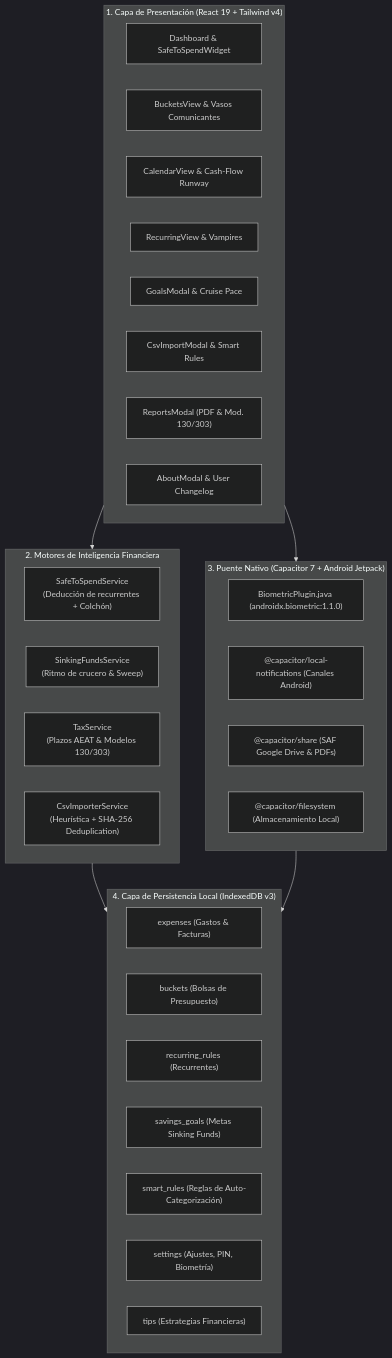
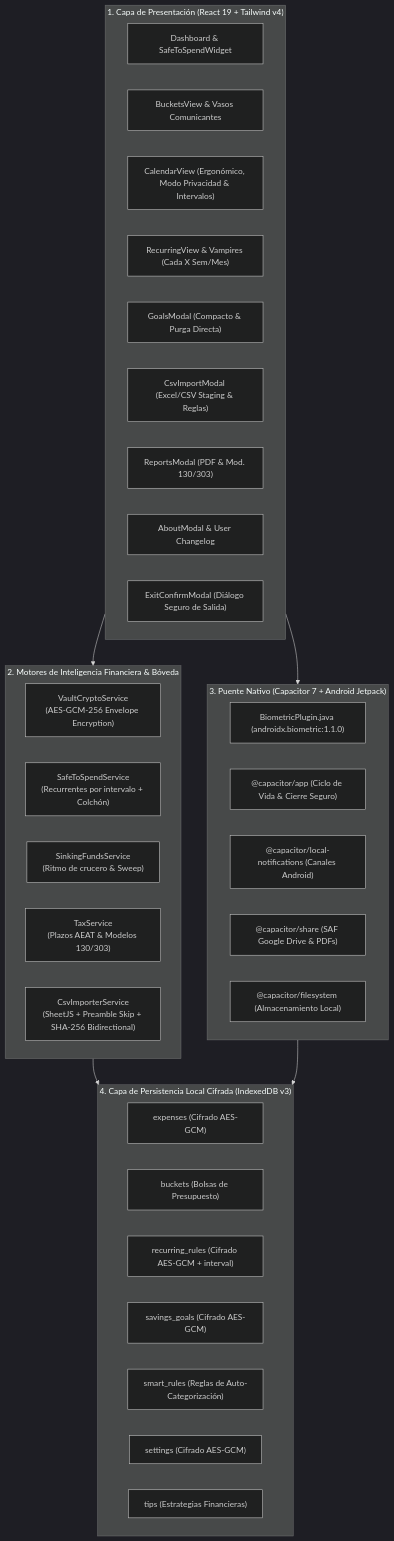
Before and after one commit to DavidLopezGarci4/CronoCash: the diagram in docs/ARCHITECTURE.md, drawn with Mermaid (dark theme). The commit also changed other lines of this file and 21 other files, not shown here.

````diff
--- a/docs/ARCHITECTURE.md
+++ b/docs/ARCHITECTURE.md
@@ -26,42 +26,45 @@
 ```mermaid
 flowchart TD
     subgraph UI_LAYER["1. Capa de Presentación (React 19 + Tailwind v4)"]
         DASH["Dashboard & SafeToSpendWidget"]
         BUCKETS["BucketsView & Vasos Comunicantes"]
-        CAL["CalendarView & Cash-Flow Runway"]
-        REC["RecurringView & Vampires"]
-        GOALS["GoalsModal & Cruise Pace"]
-        IMP["CsvImportModal & Smart Rules"]
+        CAL["CalendarView (Ergonómico, Modo Privacidad & Intervalos)"]
+        REC["RecurringView & Vampires (Cada X Sem/Mes)"]
+        GOALS["GoalsModal (Compacto & Purga Directa)"]
+        IMP["CsvImportModal (Excel/CSV Staging & Reglas)"]
         REP["ReportsModal (PDF & Mod. 130/303)"]
         ABOUT["AboutModal & User Changelog"]
+        EXIT["ExitConfirmModal (Diálogo Seguro de Salida)"]
     end
 
-    subgraph ENGINE_LAYER["2. Motores de Inteligencia Financiera"]
-        S2S["SafeToSpendService<br/>(Deducción de recurrentes + Colchón)"]
+    subgraph ENGINE_LAYER["2. Motores de Inteligencia Financiera & Bóveda"]
+        VAULT["VaultCryptoService<br/>(AES-GCM-256 Envelope Encryption)"]
+        S2S["SafeToSpendService<br/>(Recurrentes por intervalo + Colchón)"]
         SINK["SinkingFundsService<br/>(Ritmo de crucero & Sweep)"]
         TAX["TaxService<br/>(Plazos AEAT & Modelos 130/303)"]
-        CSV_ENG["CsvImporterService<br/>(Heurística + SHA-256 Deduplication)"]
+        CSV_ENG["CsvImporterService<br/>(SheetJS + Preamble Skip + SHA-256 Bidirectional)"]
     end
 
     subgraph BRIDGE_LAYER["3. Puente Nativo (Capacitor 7 + Android Jetpack)"]
         BIO_P["BiometricPlugin.java (androidx.biometric:1.1.0)"]
+        CAP_APP["@capacitor/app (Ciclo de Vida & Cierre Seguro)"]
         NOTIF["@capacitor/local-notifications (Canales Android)"]
         SHARE["@capacitor/share (SAF Google Drive & PDFs)"]
         FILESYSTEM["@capacitor/filesystem (Almacenamiento Local)"]
     end
 
-    subgraph DATA_LAYER["4. Capa de Persistencia Local (IndexedDB v3)"]
-        IDB_EXP["expenses (Gastos & Facturas)"]
+    subgraph DATA_LAYER["4. Capa de Persistencia Local Cifrada (IndexedDB v3)"]
+        IDB_EXP["expenses (Cifrado AES-GCM)"]
         IDB_BUC["buckets (Bolsas de Presupuesto)"]
-        IDB_REC["recurring_rules (Recurrentes)"]
-        IDB_GOAL["savings_goals (Metas Sinking Funds)"]
+        IDB_REC["recurring_rules (Cifrado AES-GCM + interval)"]
+        IDB_GOAL["savings_goals (Cifrado AES-GCM)"]
         IDB_RULE["smart_rules (Reglas de Auto-Categorización)"]
-        IDB_SET["settings (Ajustes, PIN, Biometría)"]
+        IDB_SET["settings (Cifrado AES-GCM)"]
         IDB_TIP["tips (Estrategias Financieras)"]
     end
 
     UI_LAYER --> ENGINE_LAYER
     UI_LAYER --> BRIDGE_LAYER
     ENGINE_LAYER --> DATA_LAYER
     BRIDGE_LAYER --> DATA_LAYER
 ```
````
